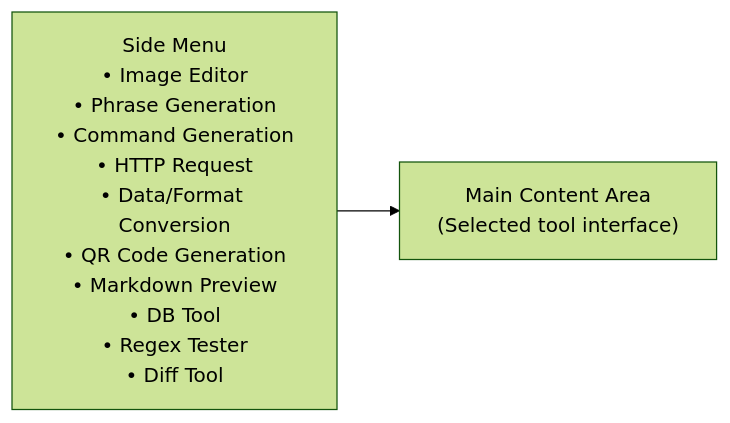
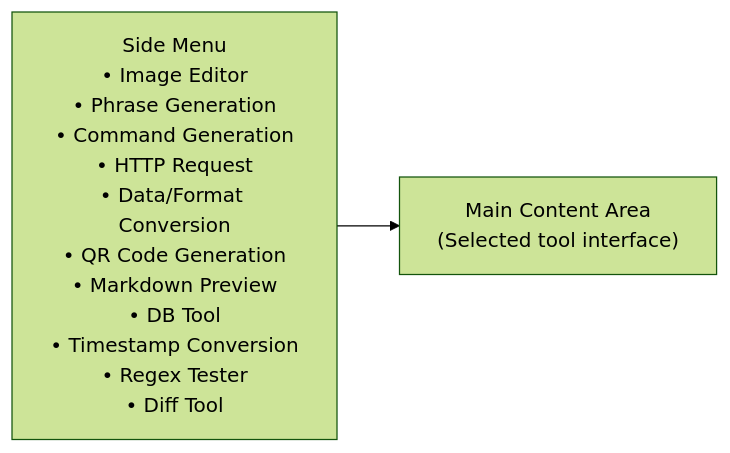
Before and after one commit to LotusAndCompany/devtools: the diagram in docs/user-guide/overview.md, drawn with Mermaid (forest theme). The commit also changed other lines of this file and 21 other files, not shown here.

Commit message:
feat(timestamp-conversion): add timestamp conversion tool (#123)

````diff
--- a/docs/user-guide/overview.md
+++ b/docs/user-guide/overview.md
@@ -28,5 +29,5 @@
 ```mermaid
 flowchart LR
-    side["Side Menu<br/>• Image Editor<br/>• Phrase Generation<br/>• Command Generation<br/>• HTTP Request<br/>• Data/Format Conversion<br/>• QR Code Generation<br/>• Markdown Preview<br/>• DB Tool<br/>• Regex Tester<br/>• Diff Tool"]
+    side["Side Menu<br/>• Image Editor<br/>• Phrase Generation<br/>• Command Generation<br/>• HTTP Request<br/>• Data/Format Conversion<br/>• QR Code Generation<br/>• Markdown Preview<br/>• DB Tool<br/>• Timestamp Conversion<br/>• Regex Tester<br/>• Diff Tool"]
     side --> content["Main Content Area<br/>(Selected tool interface)"]
 ```
````
